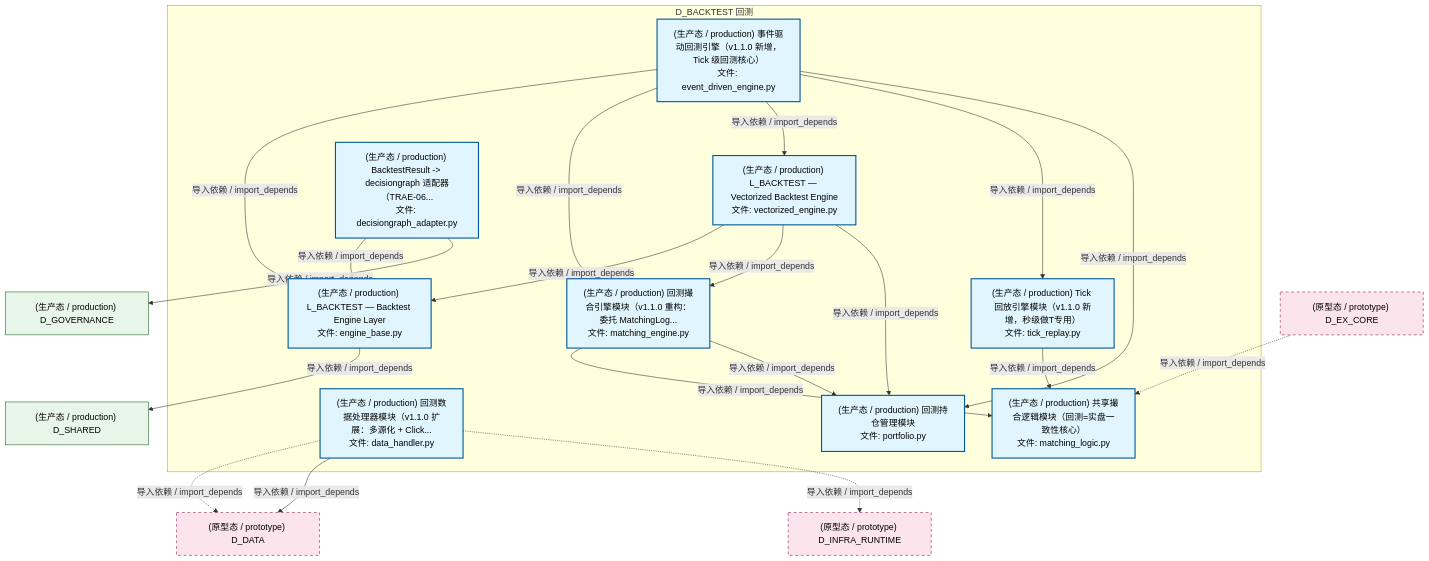
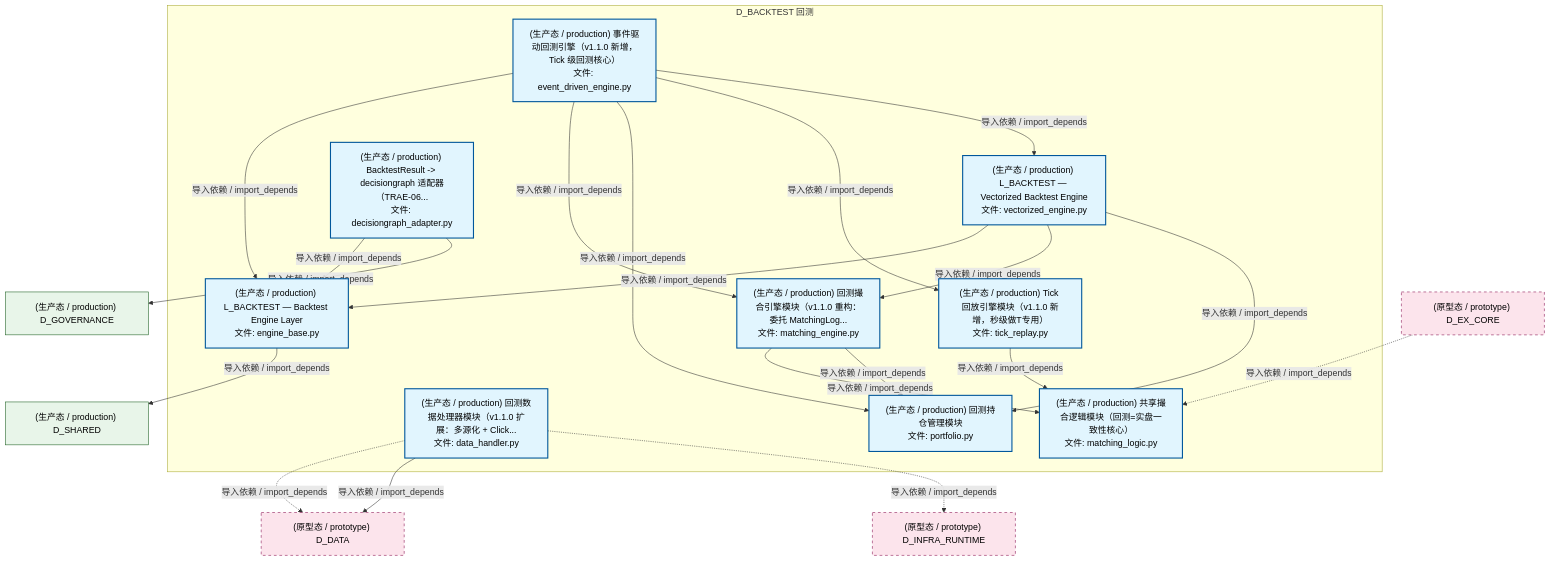
Before and after one commit to xuanFelixVan/ZephyrAlpha: the second of 5 diagrams in docs/02_enterprise_architecture/02_domain_architecture_docs/30_d_backtest.md, drawn with Mermaid. The commit also changed other lines of this file and 102 other files, not shown here.

````diff
--- a/docs/02_enterprise_architecture/02_domain_architecture_docs/30_d_backtest.md
+++ b/docs/02_enterprise_architecture/02_domain_architecture_docs/30_d_backtest.md
@@ -182,44 +182,44 @@
 ```mermaid
 graph TD
     subgraph D_BACKTEST["D_BACKTEST 回测"]
         src_zephyr_backtest_core_data_handler_py["(生产态 / production) 回测数据处理器模块（v1.1.0 扩展：多源化 + Click...<br/>文件: data_handler.py"]
         src_zephyr_backtest_core_engine_base_py["(生产态 / production) L_BACKTEST — Backtest Engine Layer<br/>文件: engine_base.py"]
         src_zephyr_backtest_core_matching_engine_py["(生产态 / production) 回测撮合引擎模块（v1.1.0 重构：委托 MatchingLog...<br/>文件: matching_engine.py"]
         src_zephyr_backtest_core_matching_logic_py["(生产态 / production) 共享撮合逻辑模块（回测=实盘一致性核心）<br/>文件: matching_logic.py"]
         src_zephyr_backtest_core_portfolio_py["(生产态 / production) 回测持仓管理模块<br/>文件: portfolio.py"]
         src_zephyr_backtest_core_tick_replay_py["(生产态 / production) Tick 回放引擎模块（v1.1.0 新增，秒级做T专用）<br/>文件: tick_replay.py"]
         src_zephyr_backtest_implementations_event_driven_engine_py["(生产态 / production) 事件驱动回测引擎（v1.1.0 新增，Tick 级回测核心）<br/>文件: event_driven_engine.py"]
         src_zephyr_backtest_implementations_vectorized_engine_py["(生产态 / production) L_BACKTEST — Vectorized Backtest Engine<br/>文件: vectorized_engine.py"]
         src_zephyr_backtest_io_decisiongraph_adapter_py["(生产态 / production) BacktestResult -> decisiongraph 适配器（TRAE-06...<br/>文件: decisiongraph_adapter.py"]
     end
     src_zephyr_backtest_core_matching_engine_py -->|导入依赖 / import_depends| src_zephyr_backtest_core_matching_logic_py
     src_zephyr_backtest_core_matching_engine_py -->|导入依赖 / import_depends| src_zephyr_backtest_core_portfolio_py
+    src_zephyr_backtest_core_tick_replay_py -->|导入依赖 / import_depends| src_zephyr_backtest_core_matching_logic_py
+    src_zephyr_backtest_implementations_event_driven_engine_py -->|导入依赖 / import_depends| src_zephyr_backtest_core_engine_base_py
+    src_zephyr_backtest_implementations_event_driven_engine_py -->|导入依赖 / import_depends| src_zephyr_backtest_core_matching_engine_py
+    src_zephyr_backtest_implementations_event_driven_engine_py -->|导入依赖 / import_depends| src_zephyr_backtest_core_portfolio_py
+    src_zephyr_backtest_implementations_event_driven_engine_py -->|导入依赖 / import_depends| src_zephyr_backtest_core_tick_replay_py
+    src_zephyr_backtest_implementations_event_driven_engine_py -->|导入依赖 / import_depends| src_zephyr_backtest_implementations_vectorized_engine_py
     src_zephyr_backtest_implementations_vectorized_engine_py -->|导入依赖 / import_depends| src_zephyr_backtest_core_engine_base_py
     src_zephyr_backtest_implementations_vectorized_engine_py -->|导入依赖 / import_depends| src_zephyr_backtest_core_matching_engine_py
     src_zephyr_backtest_implementations_vectorized_engine_py -->|导入依赖 / import_depends| src_zephyr_backtest_core_portfolio_py
-    src_zephyr_backtest_implementations_event_driven_engine_py -->|导入依赖 / import_depends| src_zephyr_backtest_core_engine_base_py
-    src_zephyr_backtest_implementations_event_driven_engine_py -->|导入依赖 / import_depends| src_zephyr_backtest_core_matching_engine_py
-    src_zephyr_backtest_implementations_event_driven_engine_py -->|导入依赖 / import_depends| src_zephyr_backtest_implementations_vectorized_engine_py
-    src_zephyr_backtest_implementations_event_driven_engine_py -->|导入依赖 / import_depends| src_zephyr_backtest_core_tick_replay_py
-    src_zephyr_backtest_implementations_event_driven_engine_py -->|导入依赖 / import_depends| src_zephyr_backtest_core_portfolio_py
-    src_zephyr_backtest_core_tick_replay_py -->|导入依赖 / import_depends| src_zephyr_backtest_core_matching_logic_py
     src_zephyr_backtest_io_decisiongraph_adapter_py -->|导入依赖 / import_depends| src_zephyr_backtest_core_engine_base_py
-    D_SHARED["(生产态 / production) D_SHARED"]
-    src_zephyr_backtest_core_engine_base_py -->|导入依赖 / import_depends| D_SHARED
     D_DATA["(原型态 / prototype) D_DATA"]
     src_zephyr_backtest_core_data_handler_py -.->|导入依赖 / import_depends| D_DATA
     src_zephyr_backtest_core_data_handler_py -->|导入依赖 / import_depends| D_DATA
     D_INFRA_RUNTIME["(原型态 / prototype) D_INFRA_RUNTIME"]
     src_zephyr_backtest_core_data_handler_py -.->|导入依赖 / import_depends| D_INFRA_RUNTIME
+    D_SHARED["(生产态 / production) D_SHARED"]
+    src_zephyr_backtest_core_engine_base_py -->|导入依赖 / import_depends| D_SHARED
     D_GOVERNANCE["(生产态 / production) D_GOVERNANCE"]
     src_zephyr_backtest_io_decisiongraph_adapter_py -->|导入依赖 / import_depends| D_GOVERNANCE
     D_EX_CORE["(原型态 / prototype) D_EX_CORE"]
     D_EX_CORE -.->|导入依赖 / import_depends| src_zephyr_backtest_core_matching_logic_py
     classDef production fill:#e1f5fe,stroke:#01579b,stroke-width:2px,color:#000
     classDef design fill:#fff3e0,stroke:#e65100,stroke-width:2px,color:#000,stroke-dasharray: 5 5
     classDef external_prod fill:#e8f5e9,stroke:#1b5e20,stroke-width:1px,color:#000
     classDef external_design fill:#fce4ec,stroke:#880e4f,stroke-width:1px,color:#000,stroke-dasharray: 5 5
     class src_zephyr_backtest_core_data_handler_py,src_zephyr_backtest_core_engine_base_py,src_zephyr_backtest_core_matching_engine_py,src_zephyr_backtest_core_matching_logic_py,src_zephyr_backtest_core_portfolio_py,src_zephyr_backtest_core_tick_replay_py,src_zephyr_backtest_implementations_event_driven_engine_py,src_zephyr_backtest_implementations_vectorized_engine_py,src_zephyr_backtest_io_decisiongraph_adapter_py production
     class D_SHARED,D_GOVERNANCE external_prod
     class D_DATA,D_INFRA_RUNTIME,D_EX_CORE external_design
 ```
````
